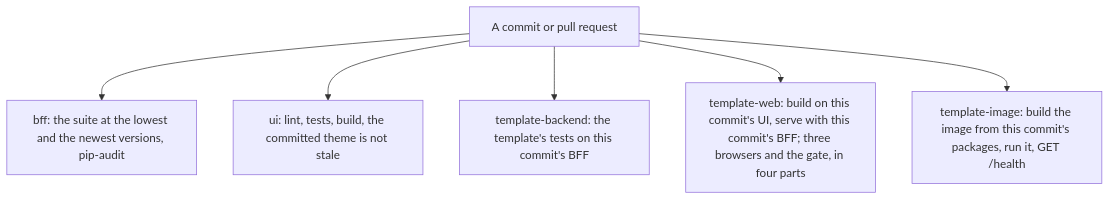
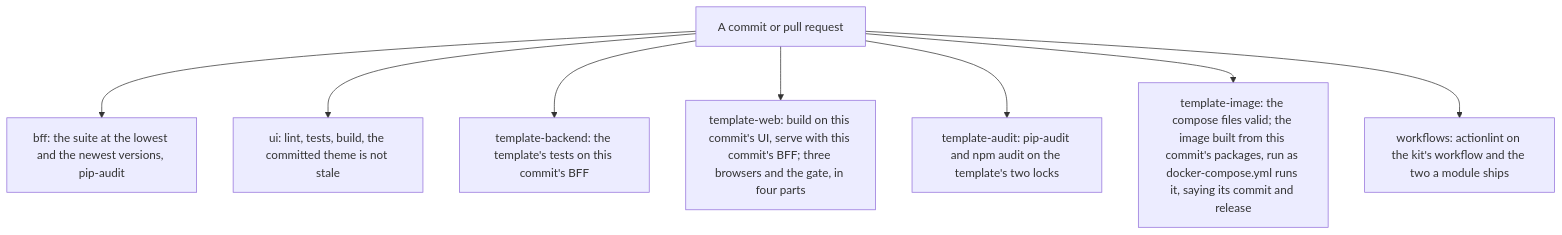
Before and after one commit to eneo-ai/eneo-module-kit: diagram 14 of 14 in docs/architecture.md, drawn with Mermaid. The commit also changed other lines of this file and 5 other files, not shown here.

First line of the commit message:
ci: pin and harden the kit's CI; prove the template's image, compose files and workflows

````diff
--- a/docs/architecture.md
+++ b/docs/architecture.md
@@ -359,8 +359,10 @@
 ```mermaid
 flowchart TB
   commit["A commit or pull request"] --> bff["bff: the suite at the lowest and the newest versions, pip-audit"]
   commit --> ui["ui: lint, tests, build, the committed theme is not stale"]
   commit --> tb["template-backend: the template's tests on this commit's BFF"]
   commit --> tw["template-web: build on this commit's UI, serve with this commit's BFF; three browsers and the gate, in four parts"]
-  commit --> ti["template-image: build the image from this commit's packages, run it, GET /health"]
+  commit --> ta["template-audit: pip-audit and npm audit on the template's two locks"]
+  commit --> ti["template-image: the compose files valid; the image built from this commit's packages, run as docker-compose.yml runs it, saying its commit and release"]
+  commit --> wf["workflows: actionlint on the kit's workflow and the two a module ships"]
 ```
````
